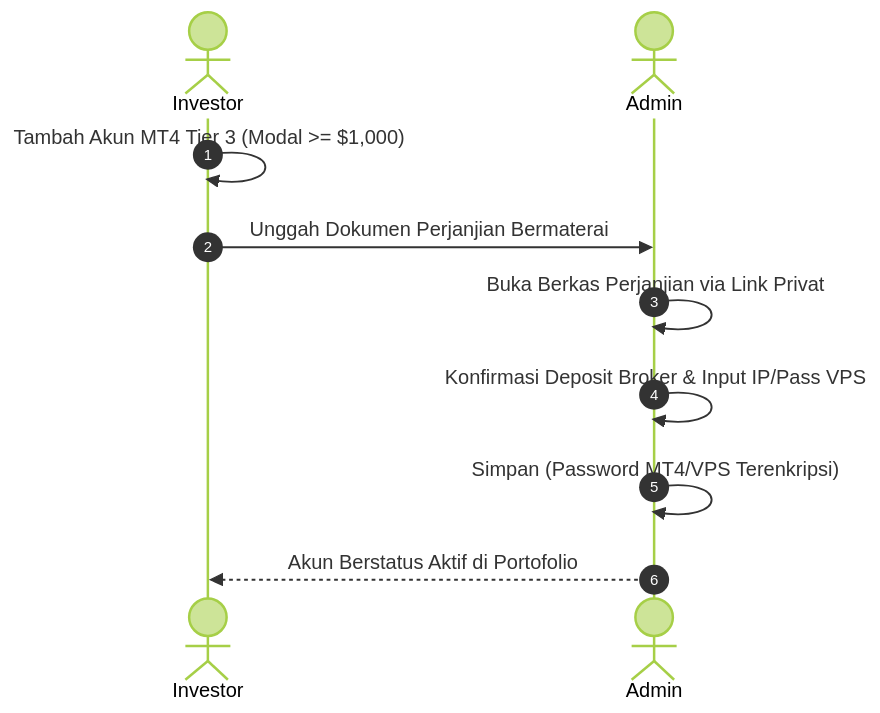
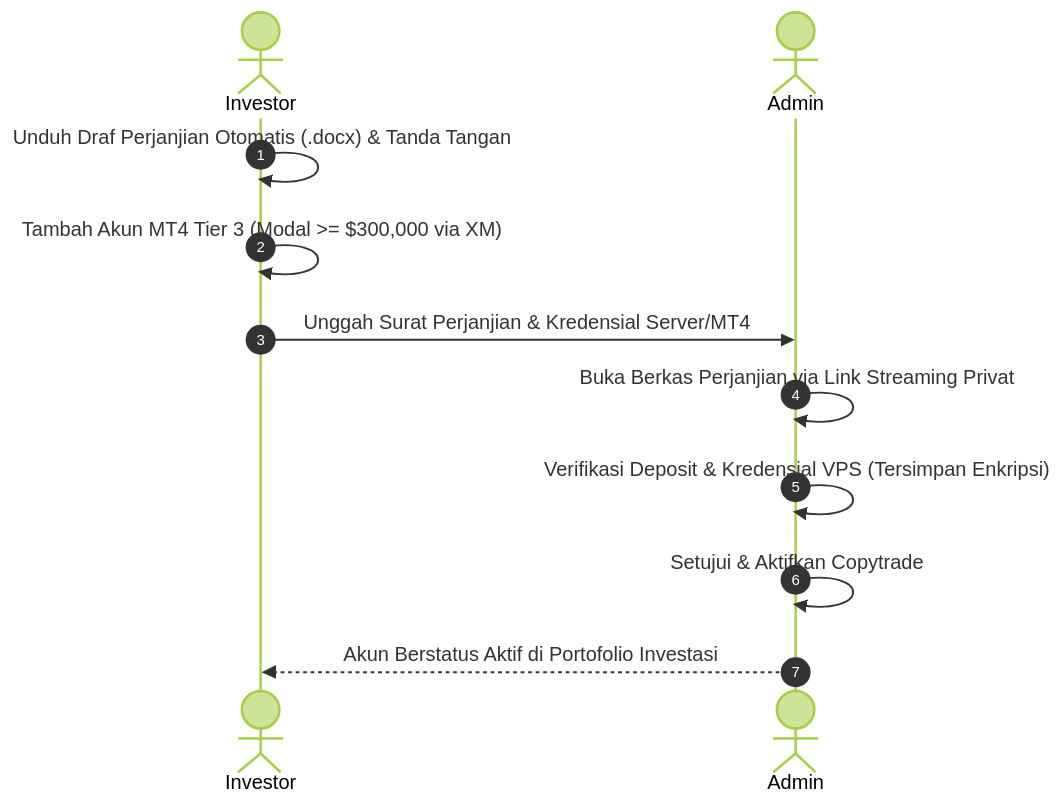
One commit to fransgabrielhutauruk/yzd-center changed the second of 4 diagrams in docs/uat/lembar-pengujian-uat-lengkap.md. Above: the diagram before and after it, drawn with Mermaid (forest theme). The commit also changed other lines of this file and 1 other file, not shown here.

````diff
--- a/docs/uat/lembar-pengujian-uat-lengkap.md
+++ b/docs/uat/lembar-pengujian-uat-lengkap.md
@@ -226,12 +255,13 @@
 ```mermaid
 sequenceDiagram
     autonumber
     actor Investor
     actor Admin
-    Investor->>Investor: Tambah Akun MT4 Tier 3 (Modal >= $1,000)
-    Investor->>Admin: Unggah Dokumen Perjanjian Bermaterai
-    Admin->>Admin: Buka Berkas Perjanjian via Link Privat
-    Admin->>Admin: Konfirmasi Deposit Broker & Input IP/Pass VPS
-    Admin->>Admin: Simpan (Password MT4/VPS Terenkripsi)
-    Admin-->>Investor: Akun Berstatus Aktif di Portofolio
+    Investor->>Investor: Unduh Draf Perjanjian Otomatis (.docx) & Tanda Tangan
+    Investor->>Investor: Tambah Akun MT4 Tier 3 (Modal >= $300,000 via XM)
+    Investor->>Admin: Unggah Surat Perjanjian & Kredensial Server/MT4
+    Admin->>Admin: Buka Berkas Perjanjian via Link Streaming Privat
+    Admin->>Admin: Verifikasi Deposit & Kredensial VPS (Tersimpan Enkripsi)
+    Admin->>Admin: Setujui & Aktifkan Copytrade
+    Admin-->>Investor: Akun Berstatus Aktif di Portofolio Investasi
 ```
````
